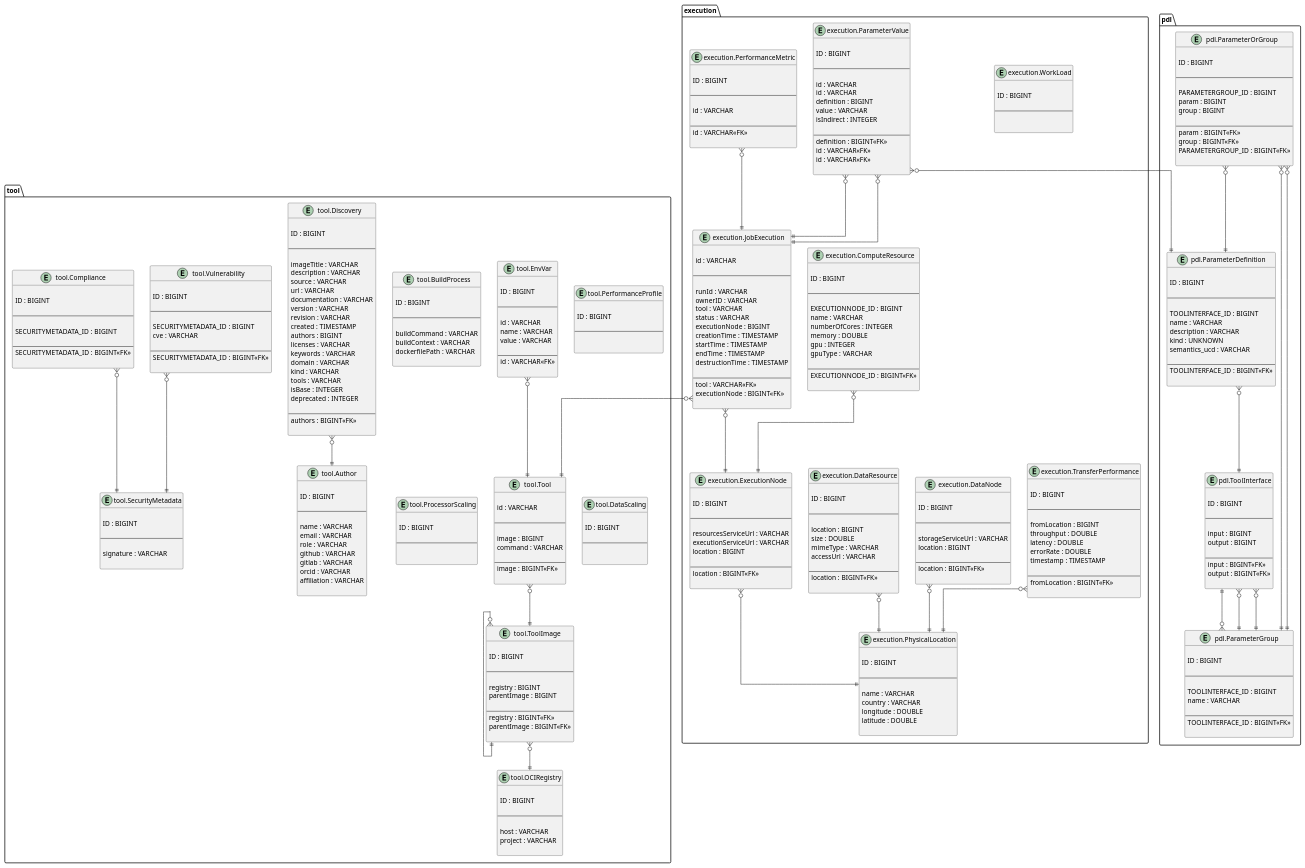
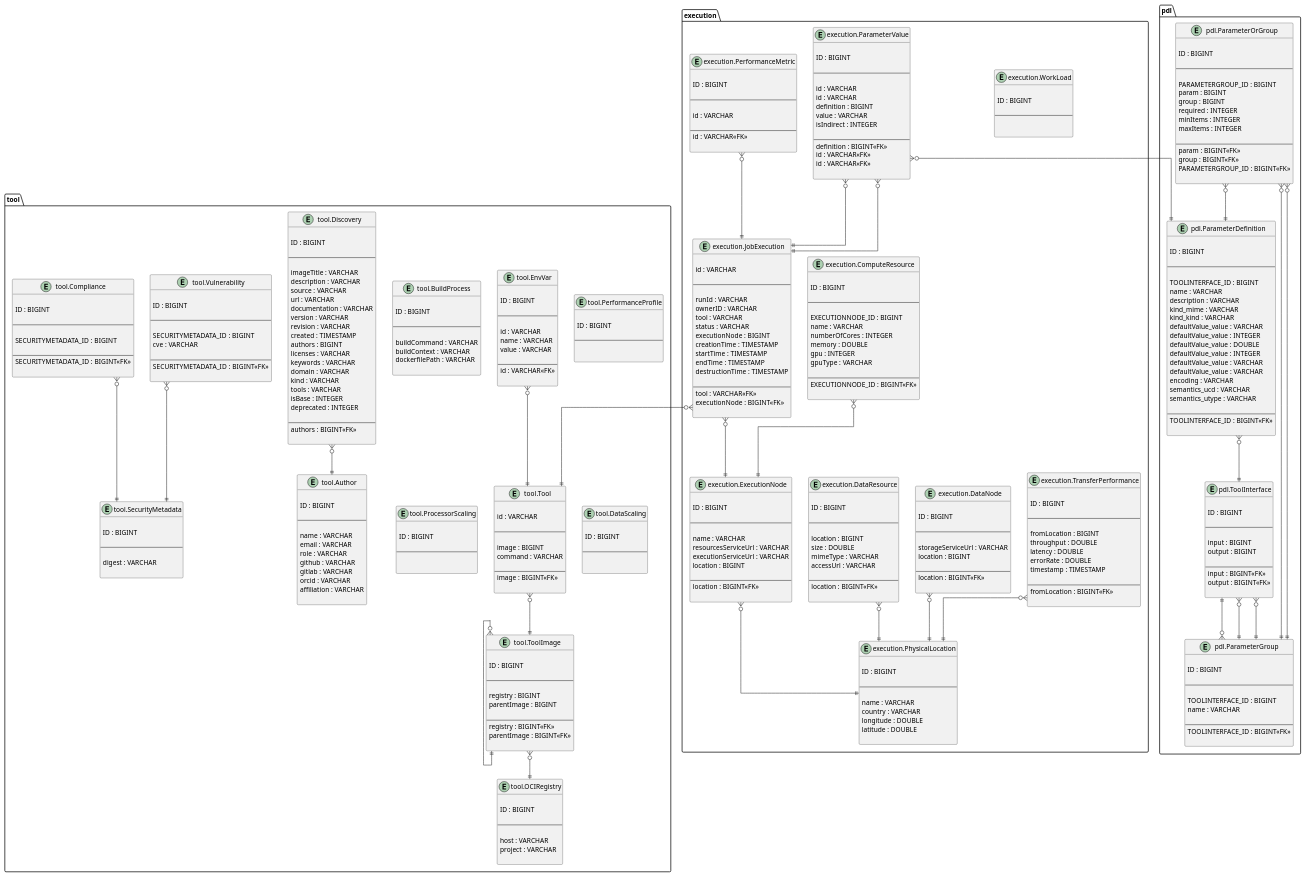
The diagram in generated/schema/ExecutionDM-v1.vo-dml.tap.plantuml (pahjbo/ExecutionDM), drawn with PlantUML before and after one commit. The commit also changed 157 other files, not shown here.

```diff
--- a/generated/schema/ExecutionDM-v1.vo-dml.tap.plantuml
+++ b/generated/schema/ExecutionDM-v1.vo-dml.tap.plantuml
@@ -27,7 +27,8 @@
 
 ---
 
-    resourcesServiceUrl : VARCHAR
+    name : VARCHAR
+resourcesServiceUrl : VARCHAR
 executionServiceUrl : VARCHAR
 location : BIGINT
 
@@ -267,7 +268,7 @@
 
 ---
 
-    signature : VARCHAR
+    digest : VARCHAR
 
 }
 
@@ -348,8 +349,17 @@
     TOOLINTERFACE_ID : BIGINT
 name : VARCHAR
 description : VARCHAR
-kind : UNKNOWN
+kind_mime : VARCHAR
+kind_kind : VARCHAR
+defaultValue_value : VARCHAR
+defaultValue_value : INTEGER
+defaultValue_value : DOUBLE
+defaultValue_value : INTEGER
+defaultValue_value : VARCHAR
+defaultValue_value : VARCHAR
+encoding : VARCHAR
 semantics_ucd : VARCHAR
+semantics_utype : VARCHAR
 
 ---
       TOOLINTERFACE_ID : BIGINT<<FK>>
@@ -379,6 +389,9 @@
     PARAMETERGROUP_ID : BIGINT
 param : BIGINT
 group : BIGINT
+required : INTEGER
+minItems : INTEGER
+maxItems : INTEGER
 
 ---
       param : BIGINT<<FK>>
```
